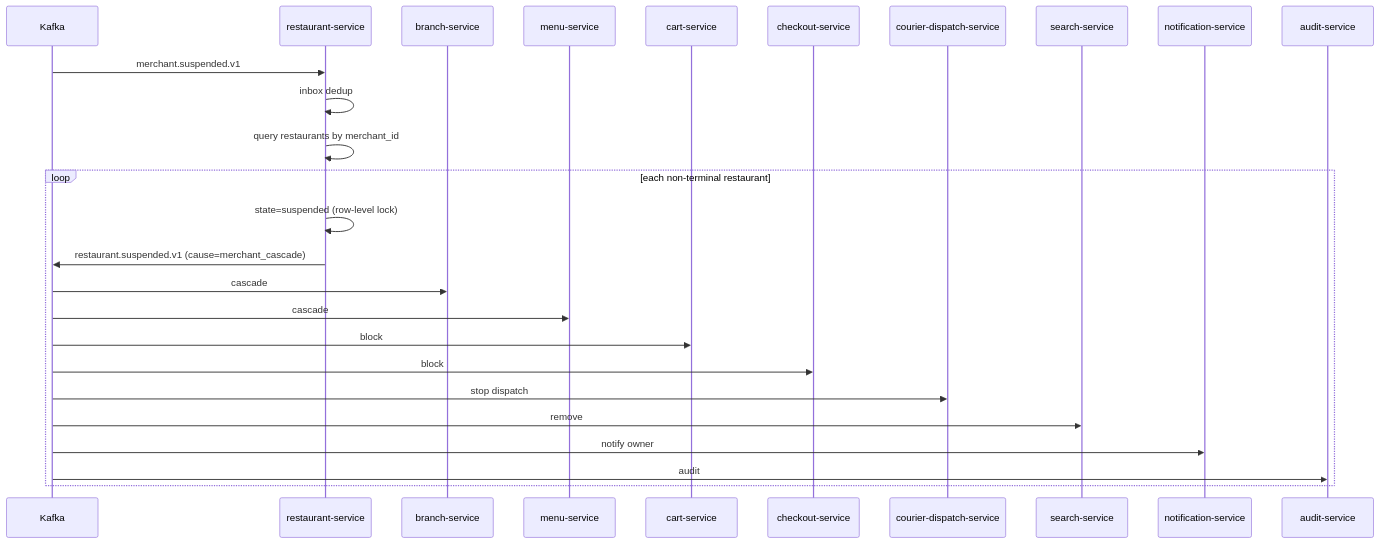
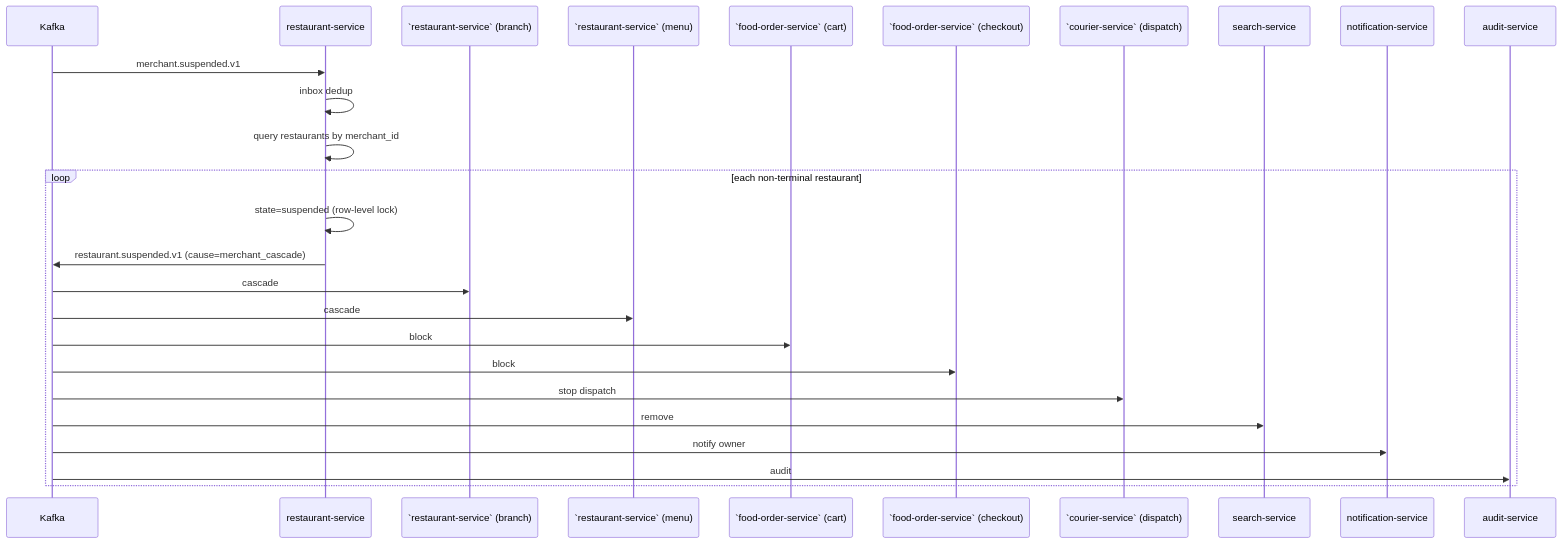
One commit to mohamedhabibwork/trips-enjoy-docs changed the fourth of 4 diagrams in docs/services/restaurant-service/WORKFLOWS.md. Above: the diagram before and after it, drawn with Mermaid. The commit also changed other lines of this file and 525 other files, not shown here.

````diff
--- a/docs/services/restaurant-service/WORKFLOWS.md
+++ b/docs/services/restaurant-service/WORKFLOWS.md
@@ -318,29 +318,29 @@
 ```mermaid
 sequenceDiagram
     participant K as Kafka
     participant RES as restaurant-service
-    participant BRH as branch-service
-    participant MN as menu-service
-    participant CRT as cart-service
-    participant CHK as checkout-service
-    participant CDP as courier-dispatch-service
+    participant BRH as `restaurant-service` (branch)
+    participant MN as `restaurant-service` (menu)
+    participant CRT as `food-order-service` (cart)
+    participant CHK as `food-order-service` (checkout)
+    participant CDP as `courier-service` (dispatch)
     participant SR as search-service
     participant NOT as notification-service
     participant AUD as audit-service
 
     K->>RES: merchant.suspended.v1
     RES->>RES: inbox dedup
     RES->>RES: query restaurants by merchant_id
     loop each non-terminal restaurant
         RES->>RES: state=suspended (row-level lock)
         RES->>K: restaurant.suspended.v1 (cause=merchant_cascade)
         K->>BRH: cascade
         K->>MN: cascade
         K->>CRT: block
         K->>CHK: block
         K->>CDP: stop dispatch
         K->>SR: remove
         K->>NOT: notify owner
         K->>AUD: audit
     end
 ```
````
